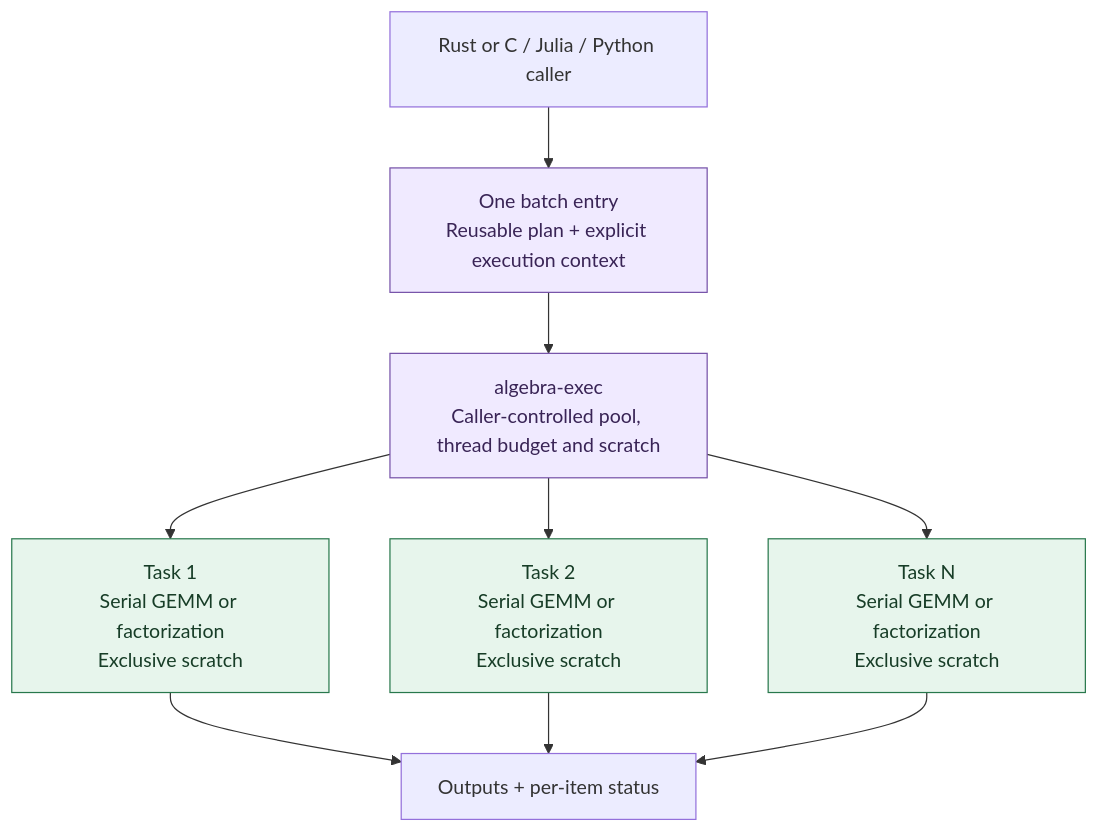
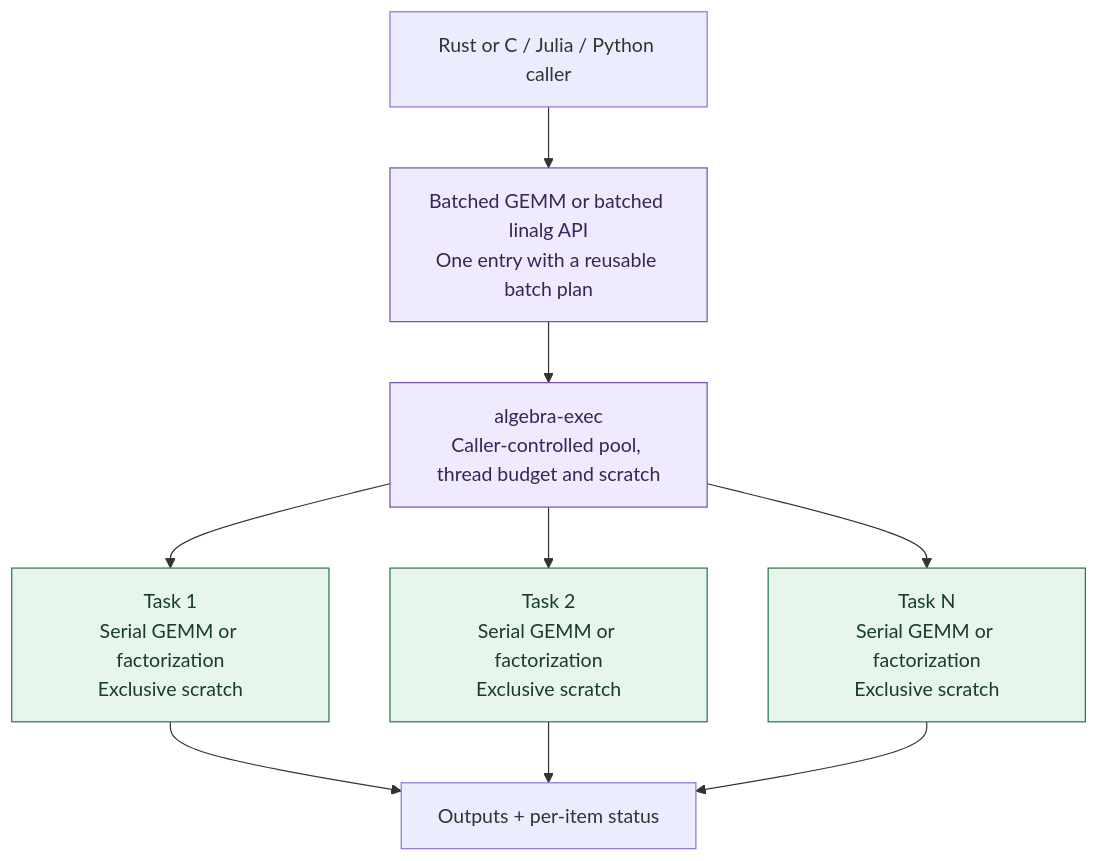
Before and after one commit to shinaoka/tensoralgebra-rs: the third of 4 diagrams in README.md, drawn with Mermaid. The commit also changed other lines of this file and 1 other file, not shown here.

Commit message:
Show shared strided dependencies and batched linalg responsibilities

````diff
--- a/README.md
+++ b/README.md
@@ -89,17 +112,17 @@
 ```mermaid
 flowchart TB
     H["Rust or C / Julia / Python caller"]
-    P["One batch entry<br/>Reusable plan + explicit execution context"]
+    P["Batched GEMM or batched linalg API<br/>One entry with a reusable batch plan"]
     X["algebra-exec<br/>Caller-controlled pool, thread budget and scratch"]
     W1["Task 1<br/>Serial GEMM or factorization<br/>Exclusive scratch"]
     W2["Task 2<br/>Serial GEMM or factorization<br/>Exclusive scratch"]
     WN["Task N<br/>Serial GEMM or factorization<br/>Exclusive scratch"]
     R["Outputs + per-item status"]
     H --> P --> X
     X --> W1 & W2 & WN
     W1 & W2 & WN --> R
     classDef execution fill:#f0eaff,stroke:#7551a8,color:#392456
     classDef task fill:#e7f5ec,stroke:#28784c,color:#173d27
     class P,X execution
     class W1,W2,WN task
 ```
````
